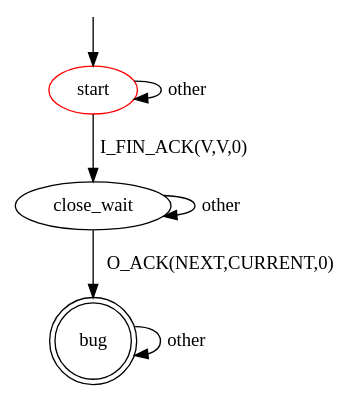
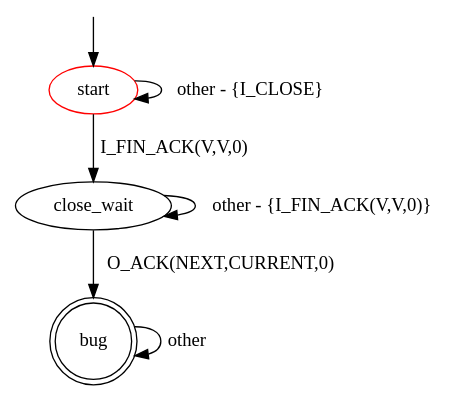
Before and after one commit to assist-project/state-machine-bug-finder: the diagram in src/main/resources/patterns/tcp/invalid_response_to_synack_close_wait.dot, drawn with Graphviz. The commit also changed 6 other files, not shown here.

```diff
--- a/src/main/resources/patterns/tcp/invalid_response_to_synack_close_wait.dot
+++ b/src/main/resources/patterns/tcp/invalid_response_to_synack_close_wait.dot
@@ -1,16 +1,16 @@
 digraph G {
 label=""
 start [color="red"]
 bug [shape="doublecircle"]
 
-start -> start [label="other"]
+start -> start [label="other - {I_CLOSE}"]
 start -> close_wait [label="I_FIN_ACK(V,V,0)"]
-close_wait -> close_wait [label="other"]
+close_wait -> close_wait [label="other - {I_FIN_ACK(V,V,0)}"]
 close_wait -> bug [label="O_ACK(NEXT,CURRENT,0)"]
 
 
 bug -> bug [label="other"]
 
 __start0 [label="" shape="none" width="0" height="0"];
 __start0 -> start;
 }
```
